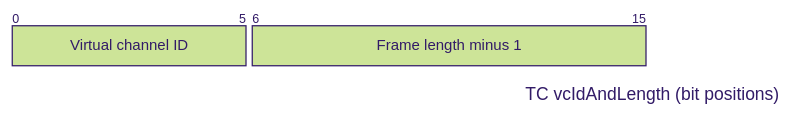
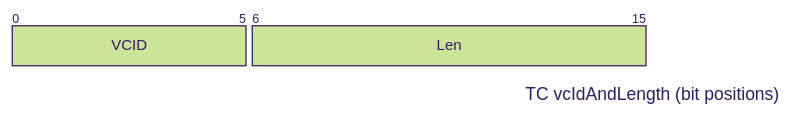
Before and after one commit to JPL-Devin/fprime: the second of 21 diagrams in docs/reference/flight-ground-interface.md, drawn with Mermaid (forest theme). The commit also changed other lines of this file, not shown here.

Commit message:
docs: compact Mermaid packet labels

````diff
--- a/docs/reference/flight-ground-interface.md
+++ b/docs/reference/flight-ground-interface.md
@@ -121,6 +121,6 @@
 ```mermaid
 packet-beta
 title TC vcIdAndLength (bit positions)
-0-5: "Virtual channel ID"
-6-15: "Frame length minus 1"
+0-5: "VCID"
+6-15: "Len"
 ```
````
